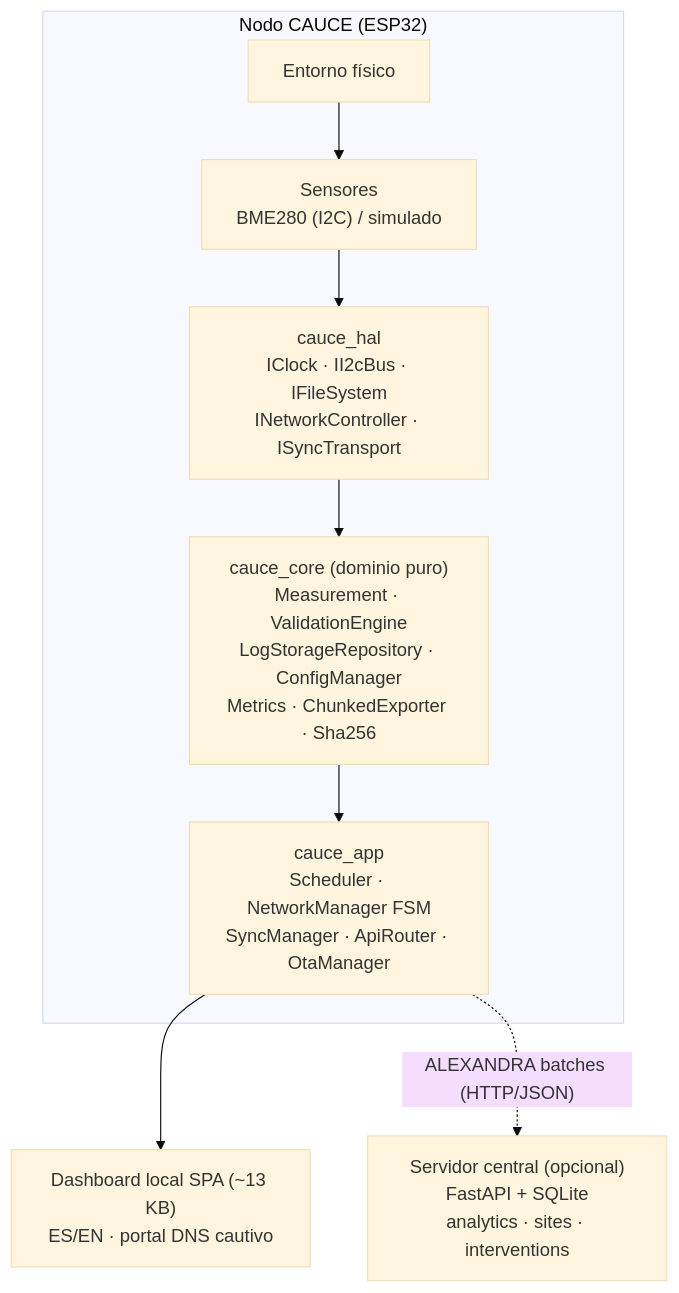
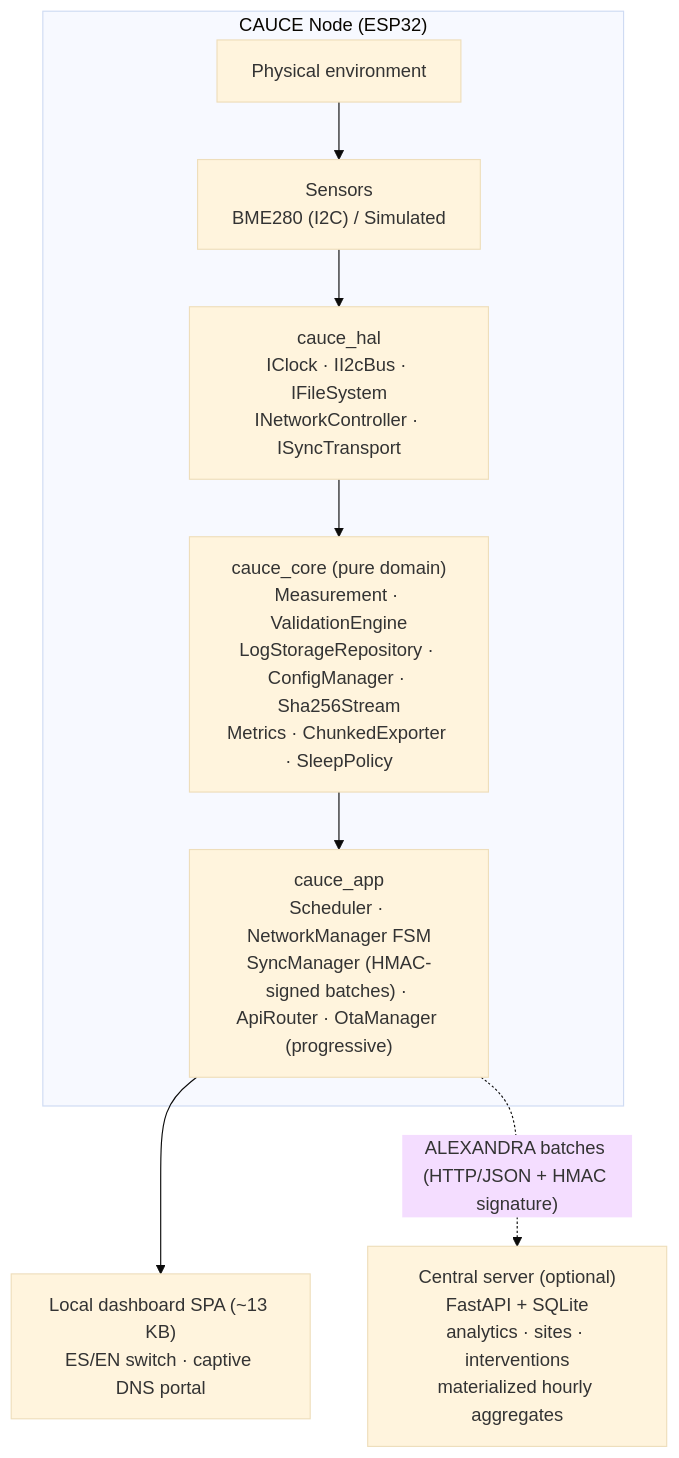
The first of 5 diagrams in TESIS_CAUSE_ALEXANDRA.md (The-Meowpany/CAUCE), drawn with Mermaid (base theme) before and after one commit. The commit also changed other lines of this file and 113 other files, not shown here.

Commit message:
feat: alert rules engine, legal endpoints, rate limiting, ESP32 OTA and WiFi controller, LoRa sync transport, JSON writer, Spanish docs mirror, governance files

````diff
--- a/TESIS_CAUSE_ALEXANDRA.md
+++ b/TESIS_CAUSE_ALEXANDRA.md
@@ -139,11 +129,11 @@
 ```mermaid
 flowchart TB
-    subgraph NODE["Nodo CAUCE (ESP32)"]
-        HW["Entorno físico"] --> SENS["Sensores\nBME280 (I2C) / simulado"]
+    subgraph NODE["CAUCE Node (ESP32)"]
+        HW["Physical environment"] --> SENS["Sensors\nBME280 (I2C) / Simulated"]
         SENS --> HAL["cauce_hal\nIClock · II2cBus · IFileSystem\nINetworkController · ISyncTransport"]
-        HAL --> CORE["cauce_core (dominio puro)\nMeasurement · ValidationEngine\nLogStorageRepository · ConfigManager\nMetrics · ChunkedExporter · Sha256"]
-        CORE --> APP["cauce_app\nScheduler · NetworkManager FSM\nSyncManager · ApiRouter · OtaManager"]
+        HAL --> CORE["cauce_core (pure domain)\nMeasurement · ValidationEngine\nLogStorageRepository · ConfigManager · Sha256Stream\nMetrics · ChunkedExporter · SleepPolicy"]
+        CORE --> APP["cauce_app\nScheduler · NetworkManager FSM\nSyncManager (HMAC-signed batches) · ApiRouter · OtaManager (progressive)"]
     end
-    APP --> UI["Dashboard local SPA (~13 KB)\nES/EN · portal DNS cautivo"]
-    APP -. "ALEXANDRA batches (HTTP/JSON)" .-> SRV["Servidor central (opcional)\nFastAPI + SQLite\nanalytics · sites · interventions"]
+    APP --> UI["Local dashboard SPA (~13 KB)\nES/EN switch · captive DNS portal"]
+    APP -. "ALEXANDRA batches (HTTP/JSON + HMAC signature)" .-> SRV["Central server (optional)\nFastAPI + SQLite\nanalytics · sites · interventions\nmaterialized hourly aggregates"]
 ```
````
